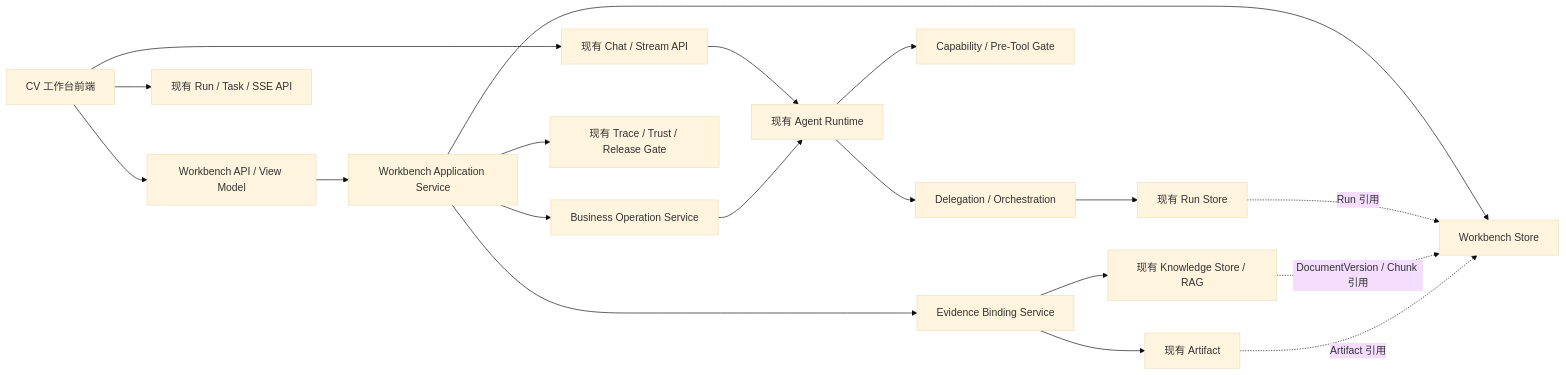
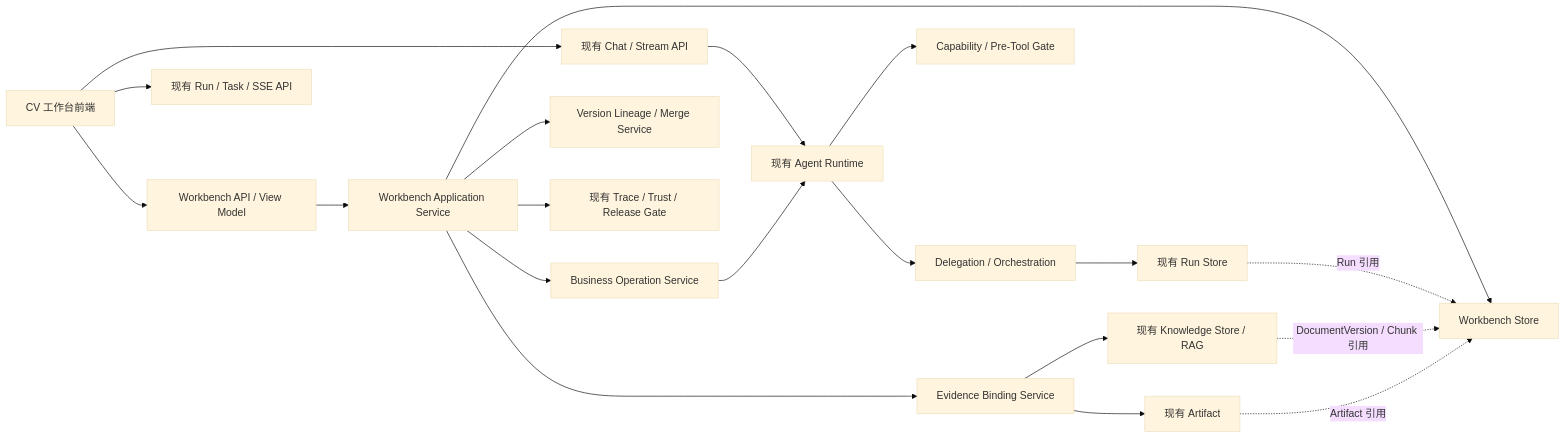
The first of 4 diagrams in starter-agent/docs/cv-workbench-design.md (LunaHeluo/Personal-Agent), drawn with Mermaid (base theme) before and after one commit. The commit also changed other lines of this file and 28 other files, not shown here.

````diff
--- a/starter-agent/docs/cv-workbench-design.md
+++ b/starter-agent/docs/cv-workbench-design.md
@@ -112,25 +119,26 @@
 ```mermaid
 flowchart LR
     UI["CV 工作台前端"] --> BFF["Workbench API / View Model"]
     UI --> CHAT["现有 Chat / Stream API"]
     UI --> RUNAPI["现有 Run / Task / SSE API"]
 
     BFF --> DOMAIN["Workbench Application Service"]
     DOMAIN --> STORE["Workbench Store"]
     DOMAIN --> OPS["Business Operation Service"]
     DOMAIN --> BIND["Evidence Binding Service"]
+    DOMAIN --> LINEAGE["Version Lineage / Merge Service"]
 
     CHAT --> RUNTIME["现有 Agent Runtime"]
     OPS --> RUNTIME
     RUNTIME --> GATE["Capability / Pre-Tool Gate"]
     RUNTIME --> DELEGATION["Delegation / Orchestration"]
     DELEGATION --> RUNSTORE["现有 Run Store"]
 
     BIND --> KNOWLEDGE["现有 Knowledge Store / RAG"]
     BIND --> ARTIFACT["现有 Artifact"]
     DOMAIN --> TRUST["现有 Trace / Trust / Release Gate"]
 
     RUNSTORE -. "Run 引用" .-> STORE
     KNOWLEDGE -. "DocumentVersion / Chunk 引用" .-> STORE
     ARTIFACT -. "Artifact 引用" .-> STORE
 ```
````
